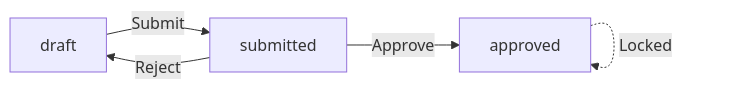
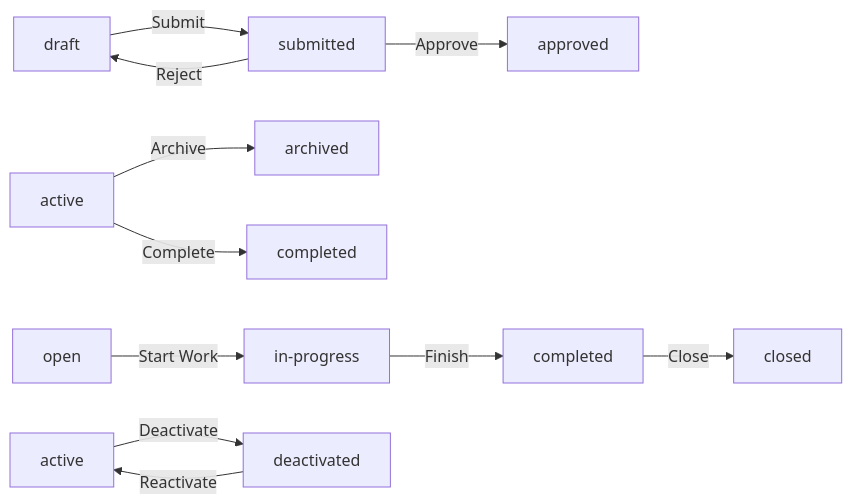
Before and after one commit to wrtnlabs/autobe-examples: the second of 2 diagrams in qwen/qwen3.5-397b-a17b/erp/docs/analysis/02-domain-model.md, drawn with Mermaid. The commit also changed other lines of this file and 32093 other files, not shown here.

````diff
--- a/qwen/qwen3.5-397b-a17b/erp/docs/analysis/02-domain-model.md
+++ b/qwen/qwen3.5-397b-a17b/erp/docs/analysis/02-domain-model.md
@@ -966,7 +559,13 @@
 ```mermaid
 flowchart LR
     A["draft"] -->|"Submit"| B["submitted"]
     B -->|"Approve"| C["approved"]
     B -->|"Reject"| A
-    C -.->|"Locked"| C
+    D["active"] -->|"Archive"| E["archived"]
+    D -->|"Complete"| F["completed"]
+    G["open"] -->|"Start Work"| H["in-progress"]
+    H -->|"Finish"| I["completed"]
+    I -->|"Close"| J["closed"]
+    K["active"] -->|"Deactivate"| L["deactivated"]
+    L -->|"Reactivate"| K
 ```
````
